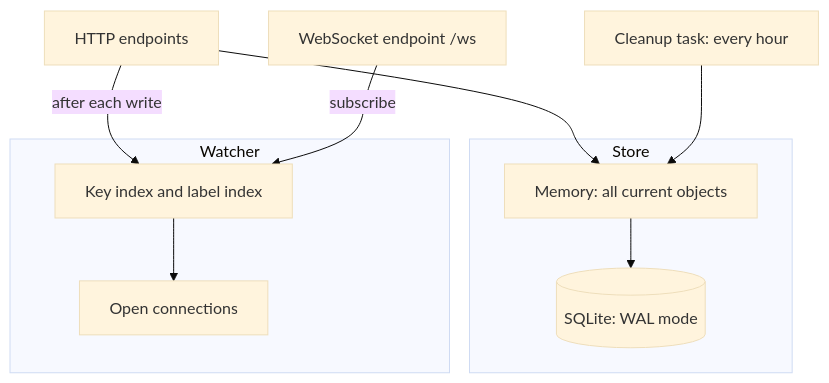
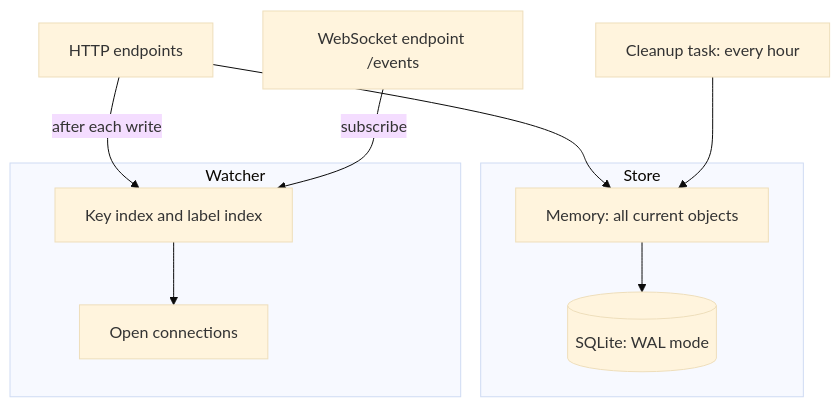
Before and after one commit to tanmoysrt/beacon: the first of 7 diagrams in docs/architecture.md, drawn with Mermaid (base theme). The commit also changed 3 other files, not shown here.

````diff
--- a/docs/architecture.md
+++ b/docs/architecture.md
@@ -5,15 +5,15 @@
 ```mermaid
 flowchart TB
     HTTP["HTTP endpoints"] --> MEM
     HTTP -->|"after each write"| IDX
-    WS["WebSocket endpoint /ws"] -->|"subscribe"| IDX
+    WS["WebSocket endpoint /events"] -->|"subscribe"| IDX
     CLEAN["Cleanup task: every hour"] --> MEM
 
     subgraph S["Store"]
         MEM["Memory: all current objects"] --> DB[("SQLite: WAL mode")]
     end
 
     subgraph W["Watcher"]
         IDX["Key index and label index"] --> CONN["Open connections"]
     end
 ```
````
